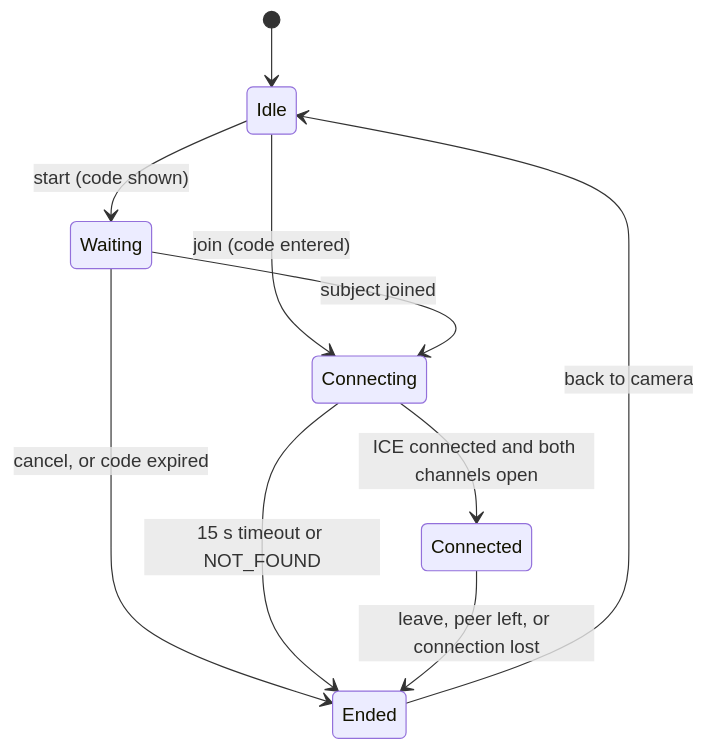
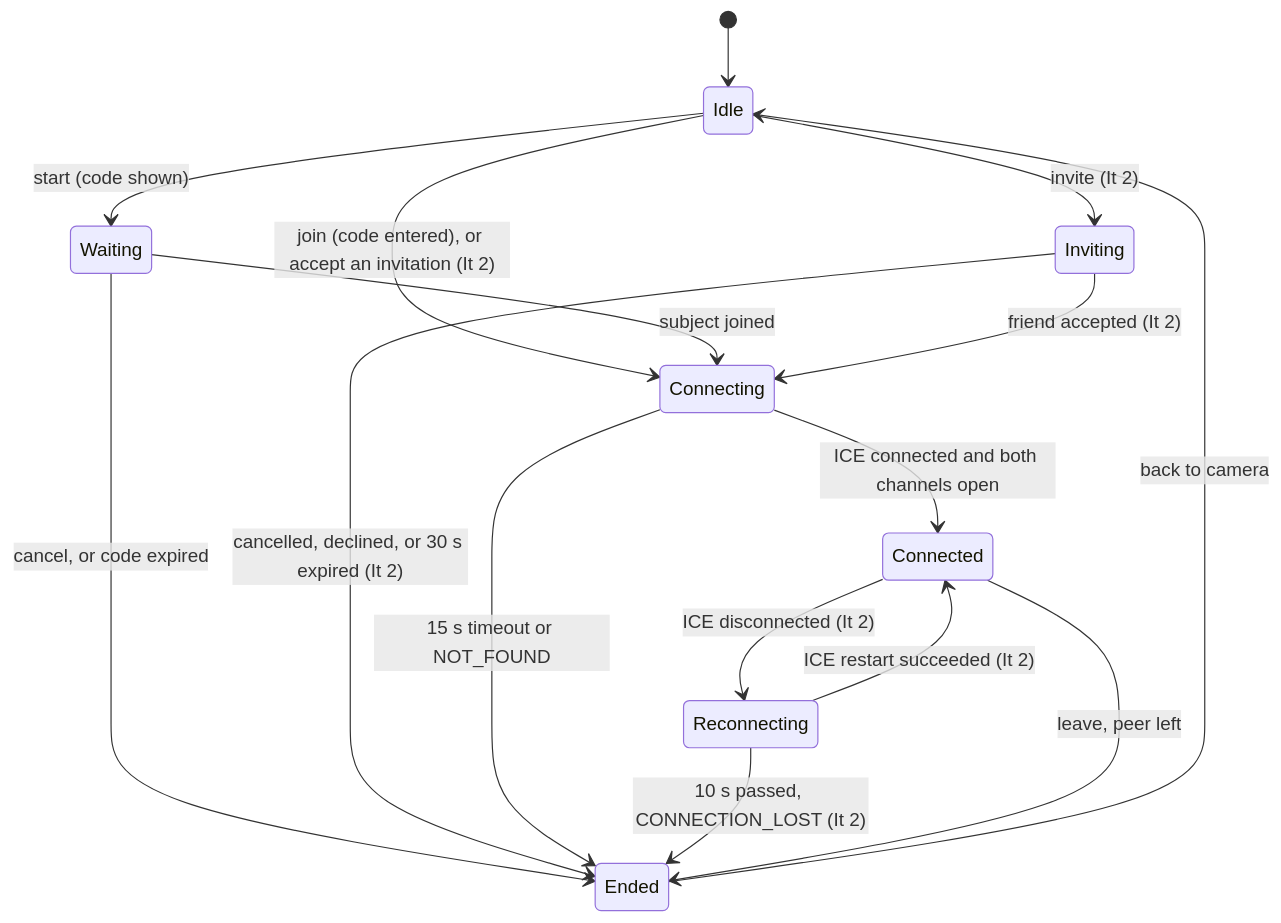
The tenth of 12 diagrams in wiki/Design-Documentation.md (snuhcs-course/swpp-2026-project-team-10), drawn with Mermaid before and after one commit. The commit also changed other lines of this file, not shown here.

````diff
--- a/wiki/Design-Documentation.md
+++ b/wiki/Design-Documentation.md
@@ -530,12 +787,18 @@
 ```mermaid
 stateDiagram-v2
   [*] --> Idle
   Idle --> Waiting: start (code shown)
-  Idle --> Connecting: join (code entered)
+  Idle --> Inviting: invite (It 2)
+  Idle --> Connecting: join (code entered), or accept an invitation (It 2)
   Waiting --> Connecting: subject joined
   Waiting --> Ended: cancel, or code expired
+  Inviting --> Connecting: friend accepted (It 2)
+  Inviting --> Ended: cancelled, declined, or 30 s expired (It 2)
   Connecting --> Connected: ICE connected and both channels open
   Connecting --> Ended: 15 s timeout or NOT_FOUND
-  Connected --> Ended: leave, peer left, or connection lost
+  Connected --> Reconnecting: ICE disconnected (It 2)
+  Reconnecting --> Connected: ICE restart succeeded (It 2)
+  Reconnecting --> Ended: 10 s passed, CONNECTION_LOST (It 2)
+  Connected --> Ended: leave, peer left
   Ended --> Idle: back to camera
 ```
````
